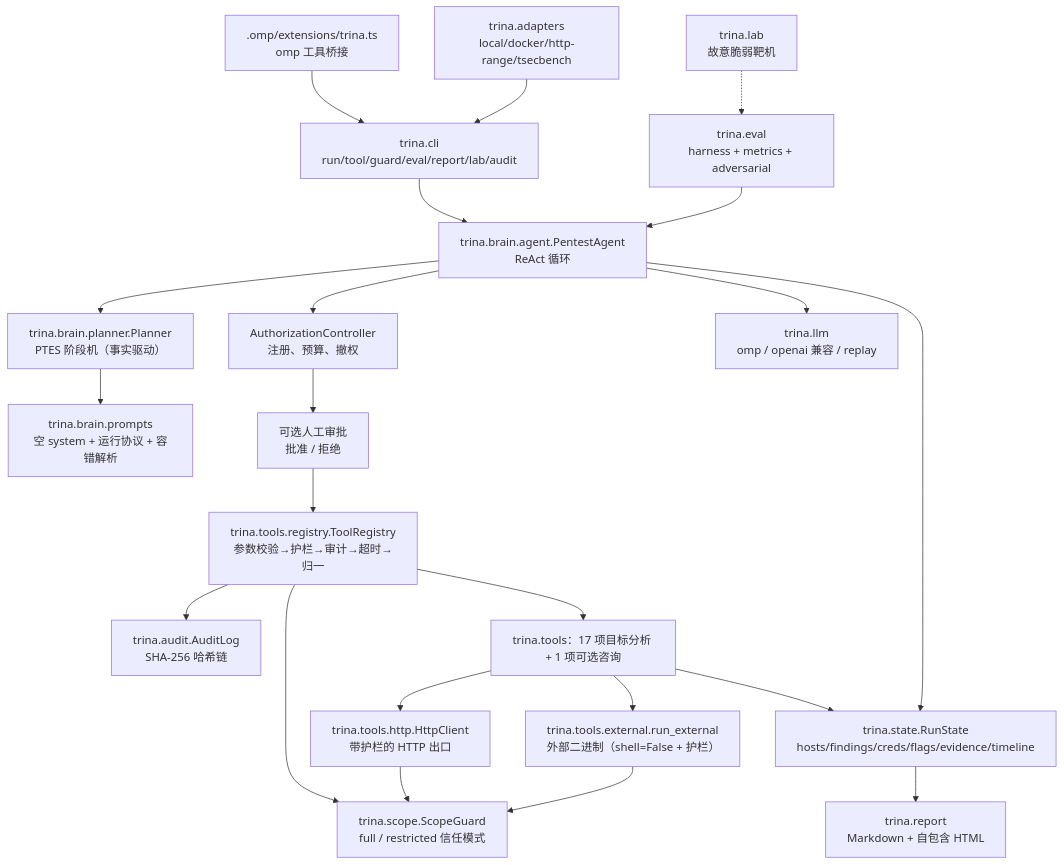
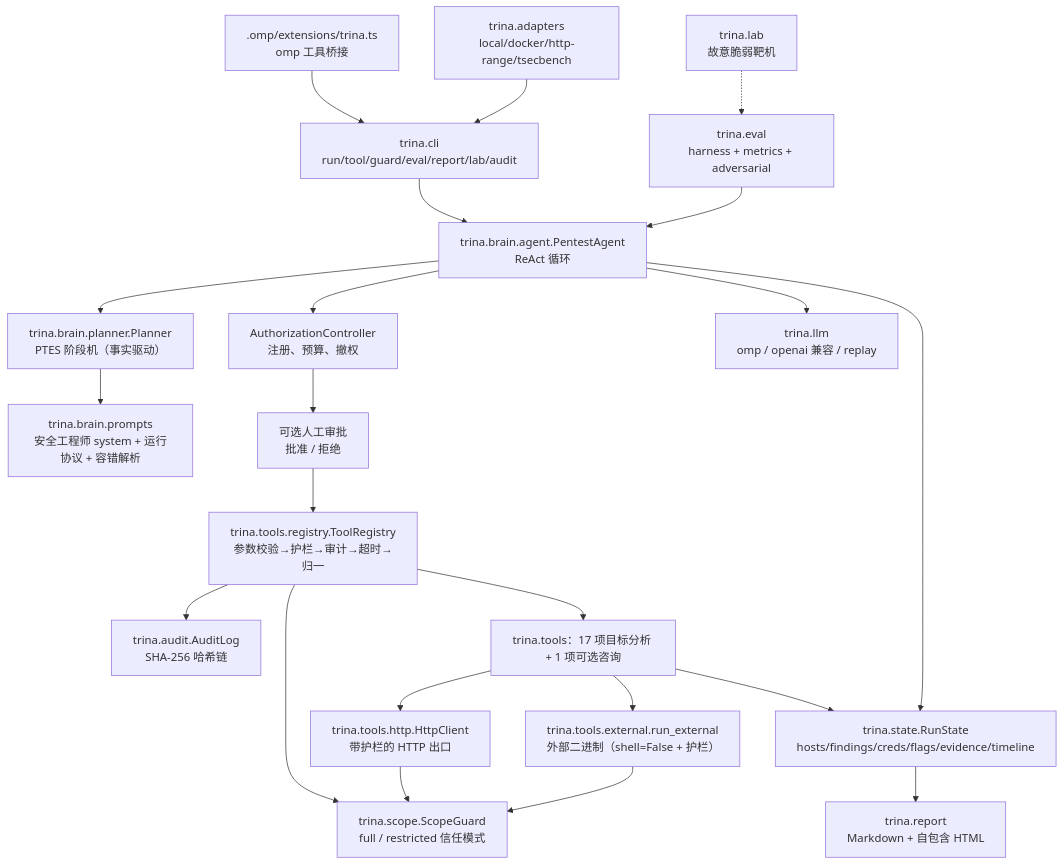
Before and after one commit to YHalo-wyh/Trina: the diagram in docs/ARCHITECTURE.md, drawn with Mermaid. The commit also changed other lines of this file and 26 other files, not shown here.

````diff
--- a/docs/ARCHITECTURE.md
+++ b/docs/ARCHITECTURE.md
@@ -11,39 +11,39 @@
 ```mermaid
 flowchart TB
     CLI["trina.cli<br/>run/tool/guard/eval/report/lab/audit"]
     OMPEXT[".omp/extensions/trina.ts<br/>omp 工具桥接"]
     AGENT["trina.brain.agent.PentestAgent<br/>ReAct 循环"]
     PLANNER["trina.brain.planner.Planner<br/>PTES 阶段机（事实驱动）"]
-    PROMPTS["trina.brain.prompts<br/>空 system + 运行协议 + 容错解析"]
+    PROMPTS["trina.brain.prompts<br/>安全工程师 system + 运行协议 + 容错解析"]
     POLICY["AuthorizationController<br/>注册、预算、撤权"]
     APPROVAL["可选人工审批<br/>批准 / 拒绝"]
     REG["trina.tools.registry.ToolRegistry<br/>参数校验→护栏→审计→超时→归一"]
     GUARD["trina.scope.ScopeGuard<br/>full / restricted 信任模式"]
     AUDIT["trina.audit.AuditLog<br/>SHA-256 哈希链"]
     STATE["trina.state.RunState<br/>hosts/findings/creds/flags/evidence/timeline"]
     TOOLS["trina.tools：17 项目标分析 + 1 项可选咨询"]
     HTTP["trina.tools.http.HttpClient<br/>带护栏的 HTTP 出口"]
     EXT["trina.tools.external.run_external<br/>外部二进制（shell=False + 护栏）"]
     LLM["trina.llm<br/>omp / openai 兼容 / replay"]
     ADAPT["trina.adapters<br/>local/docker/http-range/tsecbench"]
     EVAL["trina.eval<br/>harness + metrics + adversarial"]
     LAB["trina.lab<br/>故意脆弱靶机"]
     REPORT["trina.report<br/>Markdown + 自包含 HTML"]
 
     CLI --> AGENT
     OMPEXT --> CLI
     AGENT --> PLANNER --> PROMPTS
     AGENT --> LLM
     AGENT --> POLICY --> APPROVAL --> REG
     REG --> GUARD
     REG --> AUDIT
     REG --> TOOLS
     TOOLS --> HTTP --> GUARD
     TOOLS --> EXT --> GUARD
     TOOLS --> STATE
     AGENT --> STATE
     STATE --> REPORT
     ADAPT --> CLI
     EVAL --> AGENT
     LAB -.-> EVAL
 ```
````
